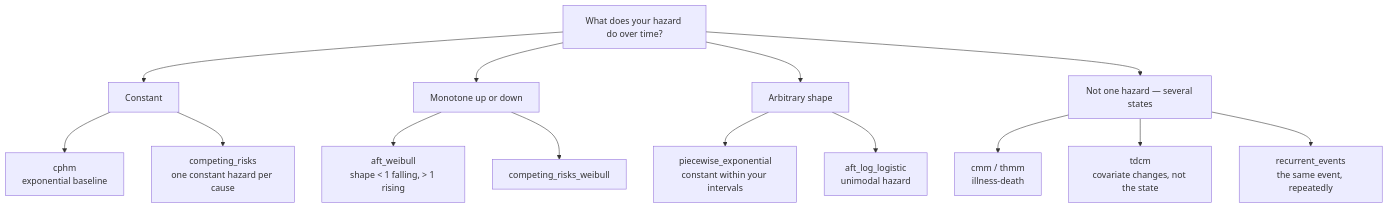
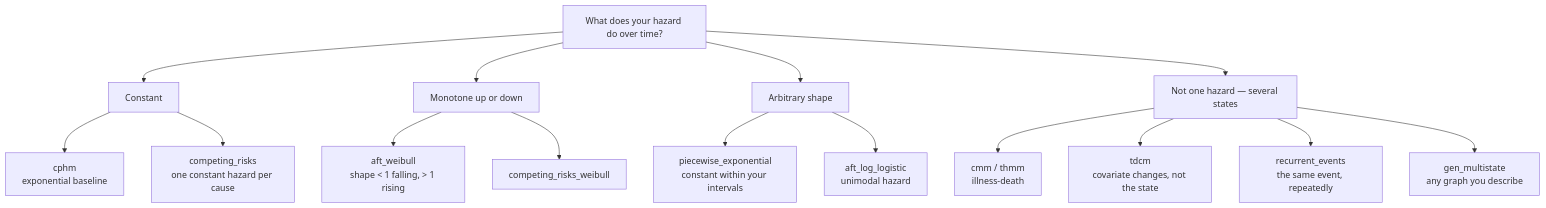
Before and after one commit to DiogoRibeiro7/genSurvPy: the diagram in docs/models/index.md, drawn with Mermaid. The commit also changed other lines of this file and 8 other files, not shown here.

````diff
--- a/docs/models/index.md
+++ b/docs/models/index.md
@@ -22,17 +22,18 @@
 ```mermaid
 flowchart TD
     A[What does your hazard do over time?] --> B[Constant]
     A --> C[Monotone up or down]
     A --> D[Arbitrary shape]
     A --> E[Not one hazard — several states]
 
     B --> B1["cphm<br/>exponential baseline"]
     B --> B2["competing_risks<br/>one constant hazard per cause"]
     C --> C1["aft_weibull<br/>shape &lt; 1 falling, &gt; 1 rising"]
     C --> C2["competing_risks_weibull"]
     D --> D1["piecewise_exponential<br/>constant within your intervals"]
     D --> D2["aft_log_logistic<br/>unimodal hazard"]
     E --> E1["cmm / thmm<br/>illness-death"]
     E --> E2["tdcm<br/>covariate changes, not the state"]
     E --> E3["recurrent_events<br/>the same event, repeatedly"]
+    E --> E4["gen_multistate<br/>any graph you describe"]
 ```
````
